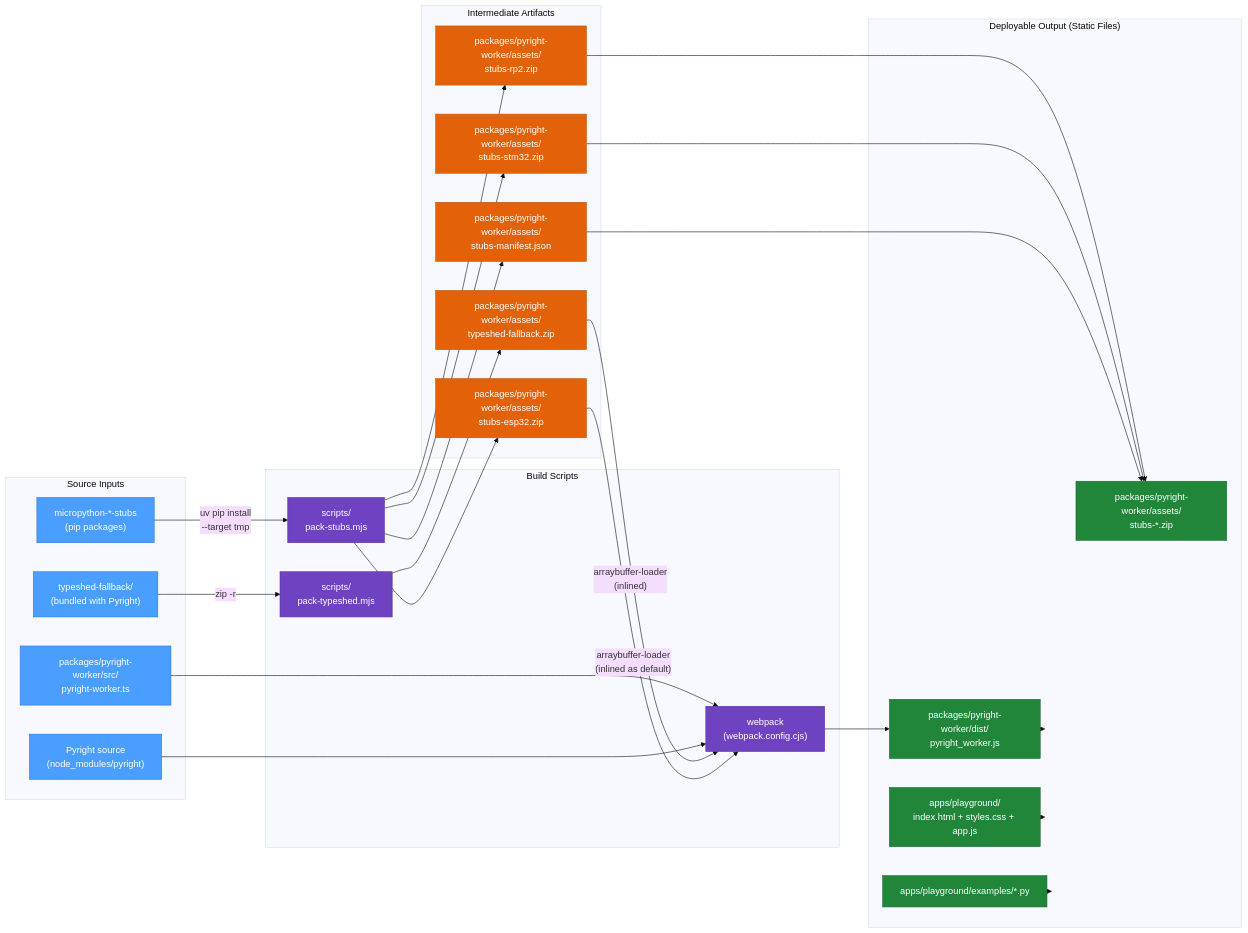
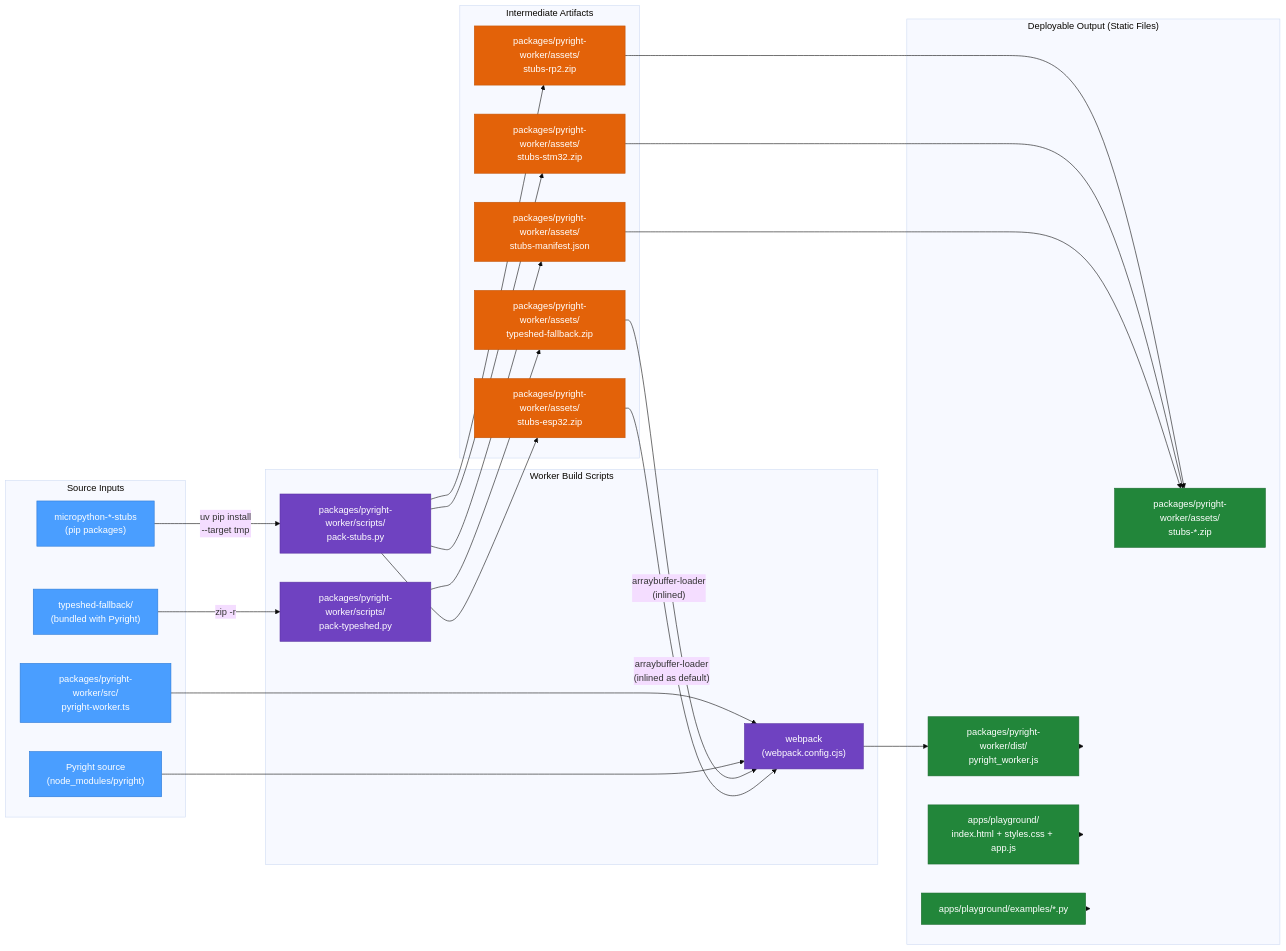
One commit to Josverl/stubs_playground changed the fourth of 4 diagrams in docs/architecture.md. Above: the diagram before and after it, drawn with Mermaid (base theme). The commit also changed 12 other files, not shown here.

First line of the commit message:
chore: colocate worker packaging scripts

````diff
--- a/docs/architecture.md
+++ b/docs/architecture.md
@@ -154,61 +154,61 @@
 ```mermaid
 flowchart LR
     subgraph Sources["Source Inputs"]
         PyrightSrc["Pyright source<br/>(node_modules/pyright)"]
         TypeshedSrc["typeshed-fallback/<br/>(bundled with Pyright)"]
         WorkerTS["packages/pyright-worker/src/<br/>pyright-worker.ts"]
         StubPkgs["micropython-*-stubs<br/>(pip packages)"]
     end
 
-    subgraph Scripts["Build Scripts"]
-        PackTS["scripts/<br/>pack-typeshed.mjs"]
-        PackStubs["scripts/<br/>pack-stubs.mjs"]
+    subgraph Scripts["Worker Build Scripts"]
+        PackTS["packages/pyright-worker/scripts/<br/>pack-typeshed.py"]
+        PackStubs["packages/pyright-worker/scripts/<br/>pack-stubs.py"]
         WP["webpack<br/>(webpack.config.cjs)"]
     end
 
     subgraph Intermediates["Intermediate Artifacts"]
         TSZip["packages/pyright-worker/assets/<br/>typeshed-fallback.zip"]
         ESP32Zip["packages/pyright-worker/assets/<br/>stubs-esp32.zip"]
         RP2Zip["packages/pyright-worker/assets/<br/>stubs-rp2.zip"]
         STM32Zip["packages/pyright-worker/assets/<br/>stubs-stm32.zip"]
         ManifestOut["packages/pyright-worker/assets/<br/>stubs-manifest.json"]
     end
 
     subgraph Output["Deployable Output (Static Files)"]
         WorkerJS["packages/pyright-worker/dist/<br/>pyright_worker.js"]
         StubFiles["packages/pyright-worker/assets/<br/>stubs-*.zip"]
         StaticHTML["apps/playground/<br/>index.html + styles.css + app.js"]
         ExamplesPy["apps/playground/examples/*.py"]
     end
 
     TypeshedSrc -->|"zip -r"| PackTS
     PackTS --> TSZip
     StubPkgs -->|"uv pip install<br/>--target tmp"| PackStubs
     PackStubs --> ESP32Zip
     PackStubs --> RP2Zip
     PackStubs --> STM32Zip
     PackStubs --> ManifestOut
 
     WorkerTS --> WP
     PyrightSrc --> WP
     TSZip -->|"arraybuffer-loader<br/>(inlined)"| WP
     ESP32Zip -->|"arraybuffer-loader<br/>(inlined as default)"| WP
     WP --> WorkerJS
 
     RP2Zip --> StubFiles
     STM32Zip --> StubFiles
     ManifestOut --> StubFiles
     WorkerJS --> Output
     StaticHTML --> Output
     ExamplesPy --> Output
 
     classDef source fill:#4a9eff,stroke:#2d7ad6,color:#fff
     classDef script fill:#6f42c1,stroke:#5a32a3,color:#fff
     classDef intermediate fill:#e36209,stroke:#c45508,color:#fff
     classDef output fill:#22863a,stroke:#1a6b2e,color:#fff
 
     class PyrightSrc,TypeshedSrc,WorkerTS,StubPkgs source
     class PackTS,PackStubs,WP script
     class TSZip,ESP32Zip,RP2Zip,STM32Zip,ManifestOut intermediate
     class WorkerJS,StubFiles,StaticHTML,ExamplesPy output
 ```
````
